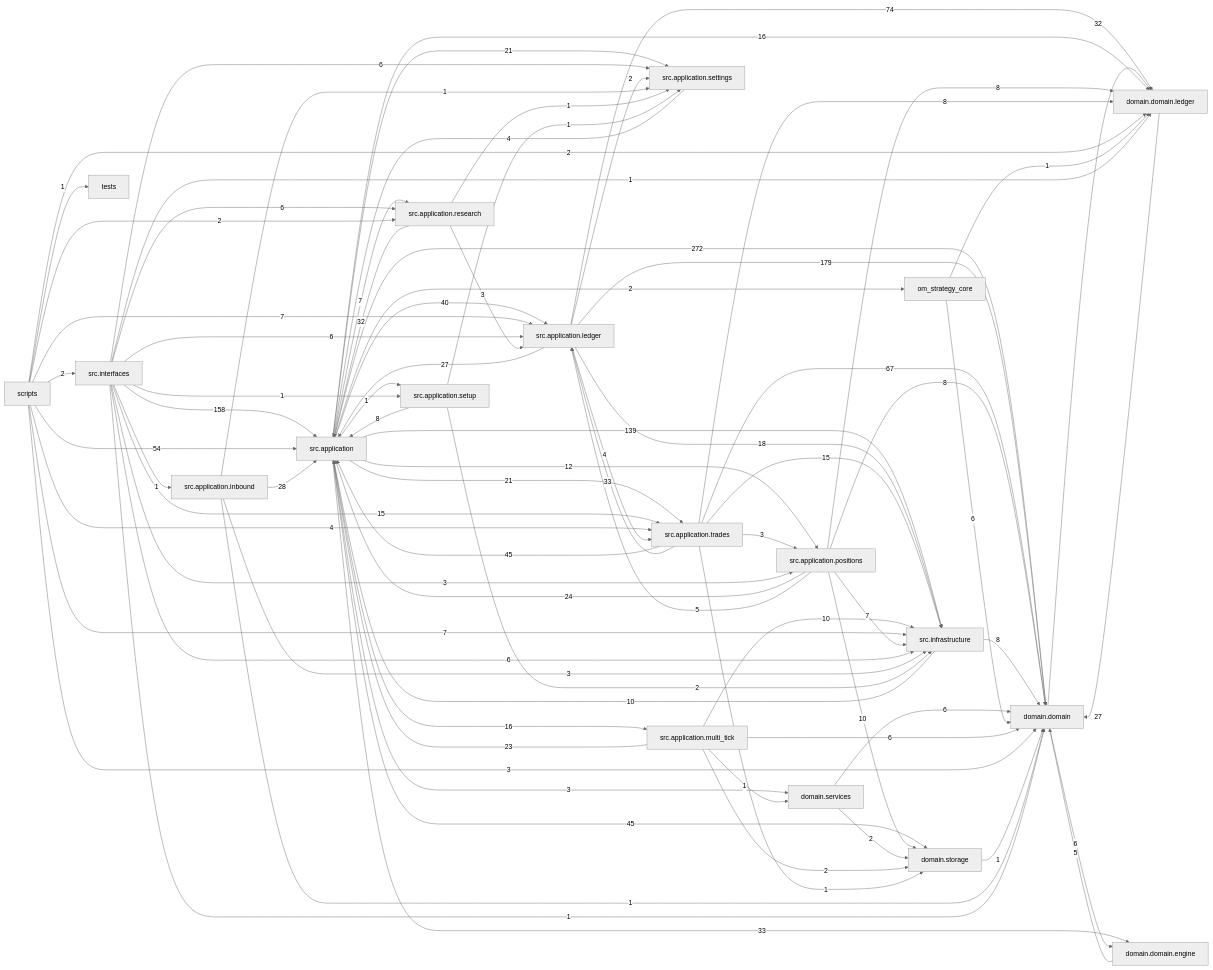
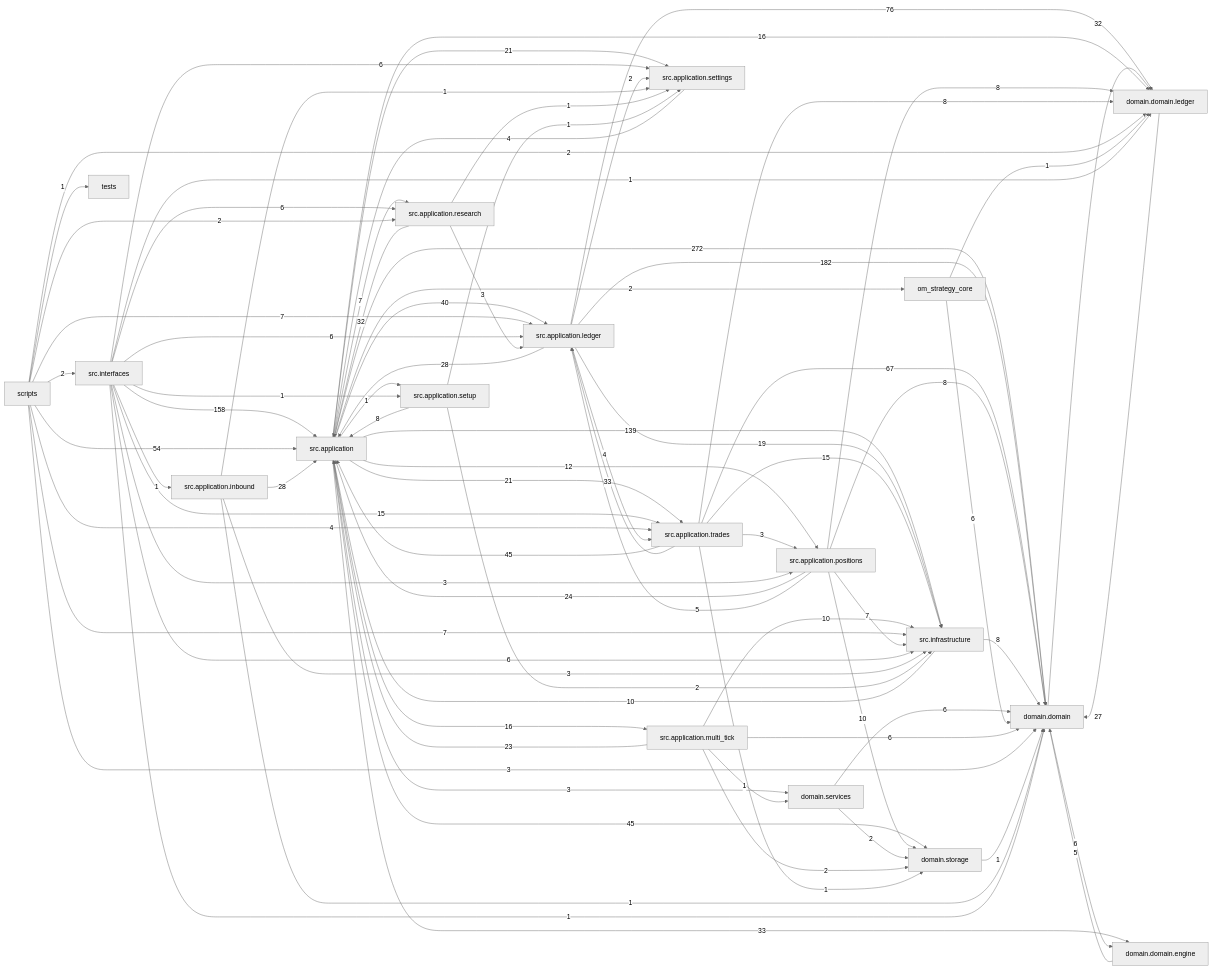
Before and after one commit to liuxie066/options-monitor: the diagram in docs/dependency_graph.mmd, drawn with Mermaid (neutral theme). The commit also changed 10 other files, not shown here.

```diff
--- a/docs/dependency_graph.mmd
+++ b/docs/dependency_graph.mmd
@@ -1,81 +1,81 @@
 flowchart LR
   src_application["src.application"] -->|272| domain_domain["domain.domain"]
-  src_application_ledger["src.application.ledger"] -->|179| domain_domain["domain.domain"]
+  src_application_ledger["src.application.ledger"] -->|182| domain_domain["domain.domain"]
   src_interfaces["src.interfaces"] -->|158| src_application["src.application"]
   src_application["src.application"] -->|139| src_infrastructure["src.infrastructure"]
-  src_application_ledger["src.application.ledger"] -->|74| domain_domain_ledger["domain.domain.ledger"]
+  src_application_ledger["src.application.ledger"] -->|76| domain_domain_ledger["domain.domain.ledger"]
   src_application_trades["src.application.trades"] -->|67| domain_domain["domain.domain"]
   scripts["scripts"] -->|54| src_application["src.application"]
   src_application["src.application"] -->|45| domain_storage["domain.storage"]
   src_application_trades["src.application.trades"] -->|45| src_application["src.application"]
   src_application["src.application"] -->|40| src_application_ledger["src.application.ledger"]
   src_application["src.application"] -->|33| domain_domain_engine["domain.domain.engine"]
   src_application_trades["src.application.trades"] -->|33| src_application_ledger["src.application.ledger"]
   domain_domain["domain.domain"] -->|32| domain_domain_ledger["domain.domain.ledger"]
   src_application_research["src.application.research"] -->|32| src_application["src.application"]
   src_application_inbound["src.application.inbound"] -->|28| src_application["src.application"]
+  src_application_ledger["src.application.ledger"] -->|28| src_application["src.application"]
   domain_domain_ledger["domain.domain.ledger"] -->|27| domain_domain["domain.domain"]
-  src_application_ledger["src.application.ledger"] -->|27| src_application["src.application"]
   src_application_positions["src.application.positions"] -->|24| src_application["src.application"]
   src_application_multi_tick["src.application.multi_tick"] -->|23| src_application["src.application"]
   src_application["src.application"] -->|21| src_application_settings["src.application.settings"]
   src_application["src.application"] -->|21| src_application_trades["src.application.trades"]
-  src_application_ledger["src.application.ledger"] -->|18| src_infrastructure["src.infrastructure"]
+  src_application_ledger["src.application.ledger"] -->|19| src_infrastructure["src.infrastructure"]
   src_application["src.application"] -->|16| domain_domain_ledger["domain.domain.ledger"]
   src_application["src.application"] -->|16| src_application_multi_tick["src.application.multi_tick"]
   src_application_trades["src.application.trades"] -->|15| src_infrastructure["src.infrastructure"]
   src_interfaces["src.interfaces"] -->|15| src_application_trades["src.application.trades"]
   src_application["src.application"] -->|12| src_application_positions["src.application.positions"]
   src_application_multi_tick["src.application.multi_tick"] -->|10| src_infrastructure["src.infrastructure"]
   src_application_positions["src.application.positions"] -->|10| domain_storage["domain.storage"]
   src_infrastructure["src.infrastructure"] -->|10| src_application["src.application"]
   src_application_positions["src.application.positions"] -->|8| domain_domain["domain.domain"]
   src_application_positions["src.application.positions"] -->|8| domain_domain_ledger["domain.domain.ledger"]
   src_application_setup["src.application.setup"] -->|8| src_application["src.application"]
   src_application_trades["src.application.trades"] -->|8| domain_domain_ledger["domain.domain.ledger"]
   src_infrastructure["src.infrastructure"] -->|8| domain_domain["domain.domain"]
   scripts["scripts"] -->|7| src_application_ledger["src.application.ledger"]
   scripts["scripts"] -->|7| src_infrastructure["src.infrastructure"]
   src_application["src.application"] -->|7| src_application_research["src.application.research"]
   src_application_positions["src.application.positions"] -->|7| src_infrastructure["src.infrastructure"]
   domain_domain["domain.domain"] -->|6| domain_domain_engine["domain.domain.engine"]
   domain_services["domain.services"] -->|6| domain_domain["domain.domain"]
   om_strategy_core["om_strategy_core"] -->|6| domain_domain["domain.domain"]
   src_application_multi_tick["src.application.multi_tick"] -->|6| domain_domain["domain.domain"]
   src_interfaces["src.interfaces"] -->|6| src_application_ledger["src.application.ledger"]
   src_interfaces["src.interfaces"] -->|6| src_application_research["src.application.research"]
   src_interfaces["src.interfaces"] -->|6| src_application_settings["src.application.settings"]
   src_interfaces["src.interfaces"] -->|6| src_infrastructure["src.infrastructure"]
   domain_domain_engine["domain.domain.engine"] -->|5| domain_domain["domain.domain"]
   src_application_positions["src.application.positions"] -->|5| src_application_ledger["src.application.ledger"]
   scripts["scripts"] -->|4| src_application_trades["src.application.trades"]
   src_application_ledger["src.application.ledger"] -->|4| src_application_trades["src.application.trades"]
   src_application_settings["src.application.settings"] -->|4| src_application["src.application"]
   scripts["scripts"] -->|3| domain_domain["domain.domain"]
   src_application["src.application"] -->|3| domain_services["domain.services"]
   src_application_inbound["src.application.inbound"] -->|3| src_infrastructure["src.infrastructure"]
   src_application_research["src.application.research"] -->|3| src_application_ledger["src.application.ledger"]
   src_application_trades["src.application.trades"] -->|3| src_application_positions["src.application.positions"]
   src_interfaces["src.interfaces"] -->|3| src_application_positions["src.application.positions"]
   domain_services["domain.services"] -->|2| domain_storage["domain.storage"]
   scripts["scripts"] -->|2| domain_domain_ledger["domain.domain.ledger"]
   scripts["scripts"] -->|2| src_application_research["src.application.research"]
   scripts["scripts"] -->|2| src_interfaces["src.interfaces"]
   src_application["src.application"] -->|2| om_strategy_core["om_strategy_core"]
   src_application_ledger["src.application.ledger"] -->|2| src_application_settings["src.application.settings"]
   src_application_multi_tick["src.application.multi_tick"] -->|2| domain_storage["domain.storage"]
   src_application_setup["src.application.setup"] -->|2| src_infrastructure["src.infrastructure"]
   domain_storage["domain.storage"] -->|1| domain_domain["domain.domain"]
   om_strategy_core["om_strategy_core"] -->|1| domain_domain_ledger["domain.domain.ledger"]
   scripts["scripts"] -->|1| tests["tests"]
   src_application["src.application"] -->|1| src_application_setup["src.application.setup"]
   src_application_inbound["src.application.inbound"] -->|1| domain_domain["domain.domain"]
   src_application_inbound["src.application.inbound"] -->|1| src_application_settings["src.application.settings"]
   src_application_multi_tick["src.application.multi_tick"] -->|1| domain_services["domain.services"]
   src_application_research["src.application.research"] -->|1| src_application_settings["src.application.settings"]
   src_application_setup["src.application.setup"] -->|1| src_application_settings["src.application.settings"]
   src_application_trades["src.application.trades"] -->|1| domain_storage["domain.storage"]
   src_interfaces["src.interfaces"] -->|1| domain_domain["domain.domain"]
   src_interfaces["src.interfaces"] -->|1| domain_domain_ledger["domain.domain.ledger"]
   src_interfaces["src.interfaces"] -->|1| src_application_inbound["src.application.inbound"]
   src_interfaces["src.interfaces"] -->|1| src_application_setup["src.application.setup"]
```
